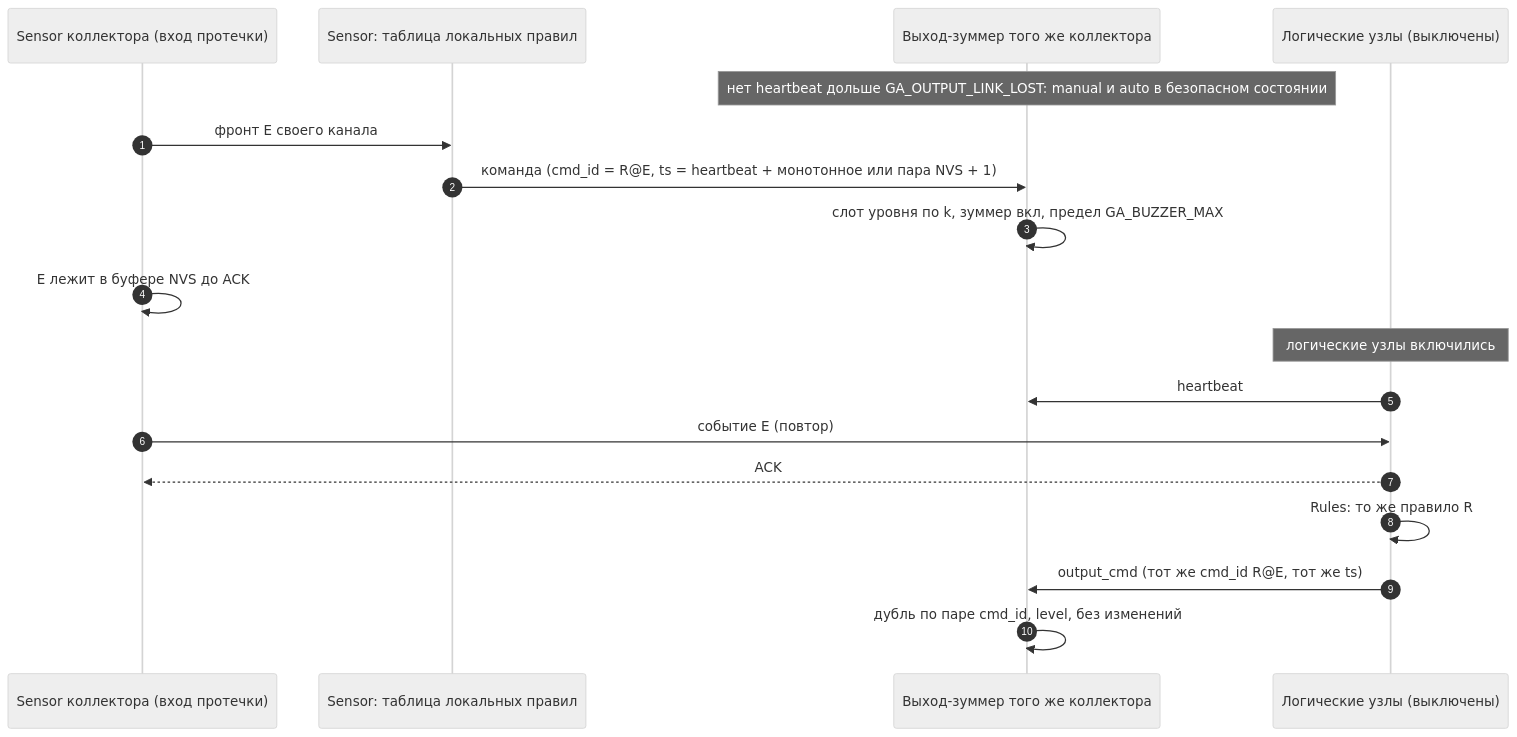
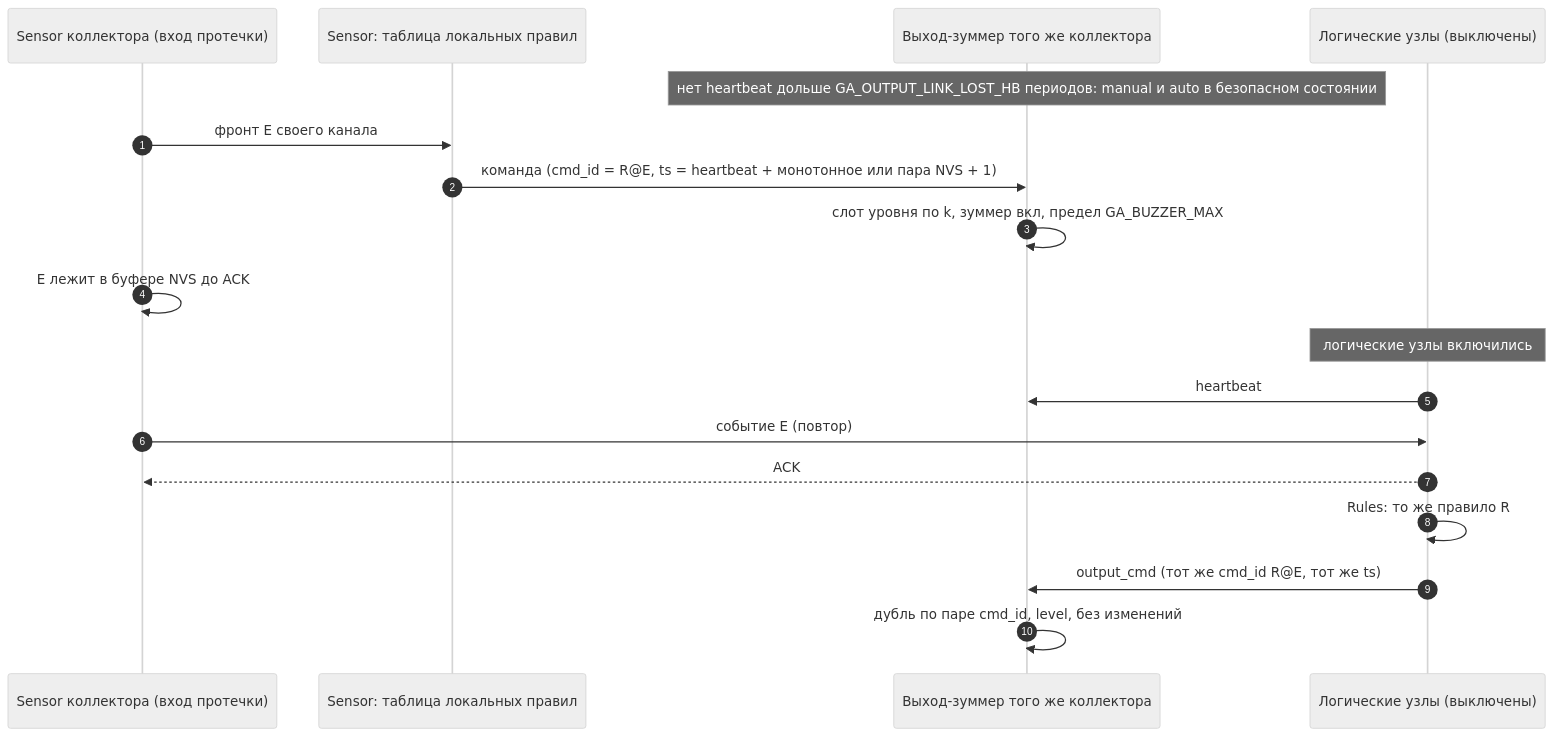
Before and after one commit to wol-micro/garageAlarms2.0: the seventh of 8 diagrams in _bmad-output/planning-artifacts/protocols-reference/garageAlarms2-протоколы.md, drawn with Mermaid (neutral theme). The commit also changed other lines of this file and 16 other files, not shown here.

````diff
--- a/_bmad-output/planning-artifacts/protocols-reference/garageAlarms2-протоколы.md
+++ b/_bmad-output/planning-artifacts/protocols-reference/garageAlarms2-протоколы.md
@@ -1004,20 +1053,20 @@
 ```mermaid
 sequenceDiagram
   autonumber
   participant SN as Sensor коллектора (вход протечки)
   participant LR as Sensor: таблица локальных правил
   participant OUT as Выход-зуммер того же коллектора
   participant L as Логические узлы (выключены)
-  Note over OUT: нет heartbeat дольше GA_OUTPUT_LINK_LOST: manual и auto в безопасном состоянии
+  Note over OUT: нет heartbeat дольше GA_OUTPUT_LINK_LOST_HB периодов: manual и auto в безопасном состоянии
   SN->>LR: фронт E своего канала
   LR->>OUT: команда (cmd_id = R@E, ts = heartbeat + монотонное или пара NVS + 1)
   OUT->>OUT: слот уровня по k, зуммер вкл, предел GA_BUZZER_MAX
   SN->>SN: E лежит в буфере NVS до ACK
   Note over L: логические узлы включились
   L->>OUT: heartbeat
   SN->>L: событие E (повтор)
   L-->>SN: ACK
   L->>L: Rules: то же правило R
   L->>OUT: output_cmd (тот же cmd_id R@E, тот же ts)
   OUT->>OUT: дубль по паре cmd_id, level, без изменений
 ```
````
